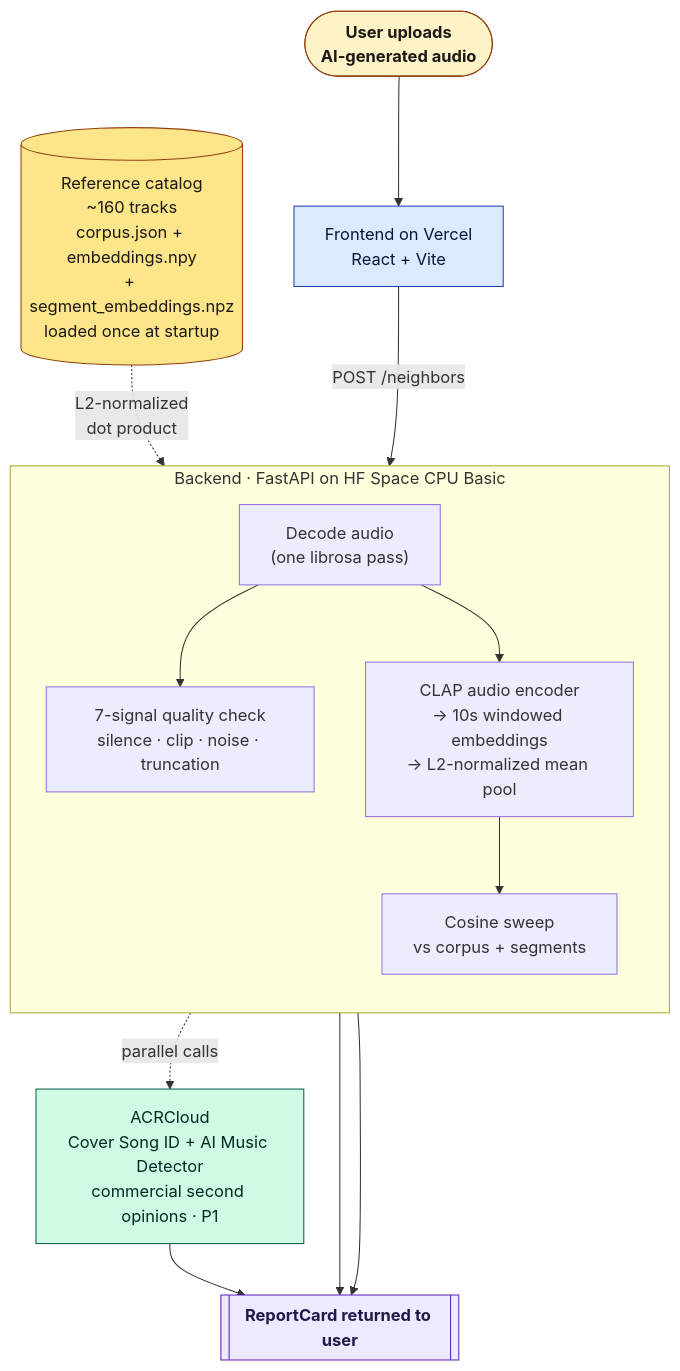
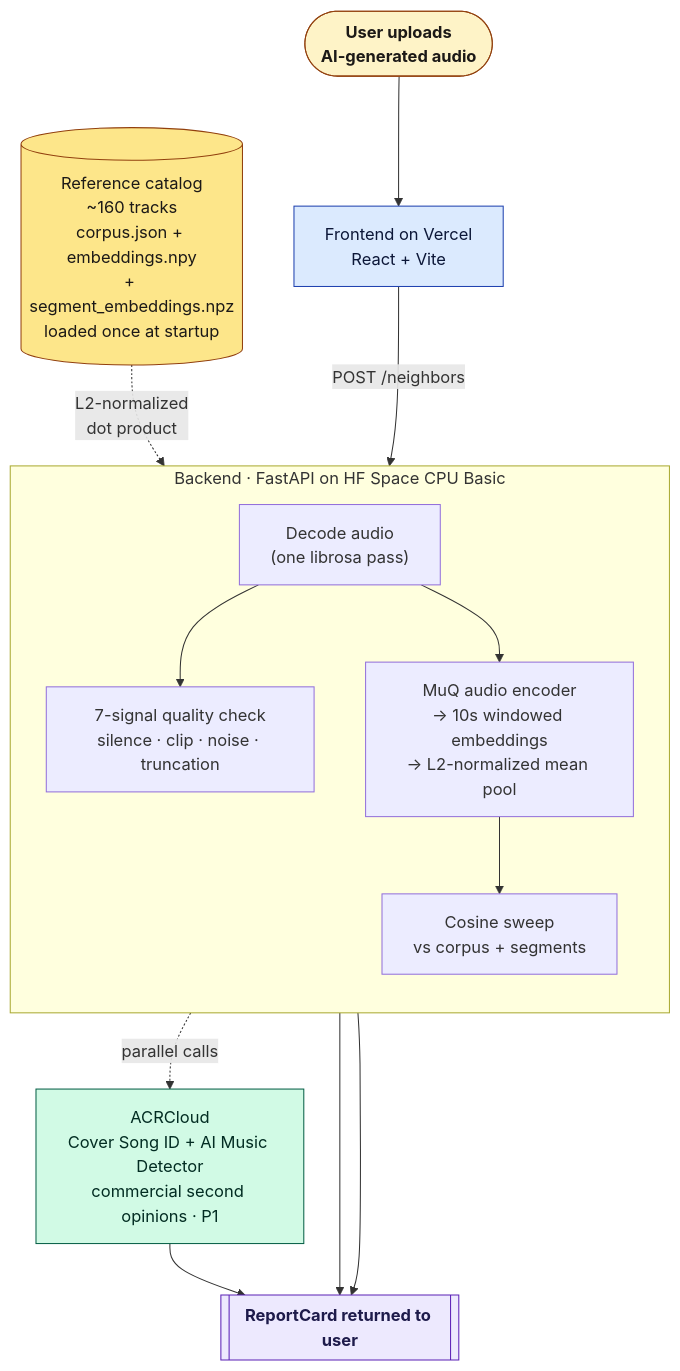
The diagram in README.md (RajatA98/PiedPiper), drawn with Mermaid before and after one commit. The commit also changed other lines of this file and 13 other files, not shown here.

````diff
--- a/README.md
+++ b/README.md
@@ -25,32 +25,32 @@
 ```mermaid
 flowchart TB
     USER([User uploads<br/>AI-generated audio]):::userNode
     USER --> FE
     FE["Frontend on Vercel<br/>React + Vite"]:::feNode
     FE -->|"POST /neighbors"| BE
 
     subgraph BE ["Backend · FastAPI on HF Space CPU Basic"]
         direction TB
         DEC["Decode audio<br/>(one librosa pass)"]
         DEC --> QUAL["7-signal quality check<br/>silence · clip · noise · truncation"]
-        DEC --> CLAP["CLAP audio encoder<br/>→ 10s windowed embeddings<br/>→ L2-normalized mean pool"]
-        CLAP --> COS["Cosine sweep<br/>vs corpus + segments"]
+        DEC --> MuQ["MuQ audio encoder<br/>→ 10s windowed embeddings<br/>→ L2-normalized mean pool"]
+        MuQ --> COS["Cosine sweep<br/>vs corpus + segments"]
     end
 
     CAT[("Reference catalog<br/>~160 tracks<br/>corpus.json + embeddings.npy<br/>+ segment_embeddings.npz<br/>loaded once at startup")]:::catNode
     CAT -.->|"L2-normalized<br/>dot product"| COS
 
     ACR["ACRCloud<br/>Cover Song ID + AI Music Detector<br/>commercial second opinions · P1"]:::extNode
-    CLAP -.->|"parallel calls"| ACR
+    MuQ -.->|"parallel calls"| ACR
 
     COS --> RPT
     ACR --> RPT
     QUAL --> RPT
     RPT[["ReportCard returned to user"]]:::reportNode
 
     classDef userNode fill:#fef3c7,stroke:#92400e,color:#1c1917,font-weight:bold
     classDef feNode fill:#dbeafe,stroke:#1e40af,color:#0c1738
     classDef catNode fill:#fde68a,stroke:#92400e,color:#1c1917
     classDef extNode fill:#d1fae5,stroke:#065f46,color:#022c22
     classDef reportNode fill:#ede9fe,stroke:#5b21b6,color:#1e1b4b,font-weight:bold
 ```
````
